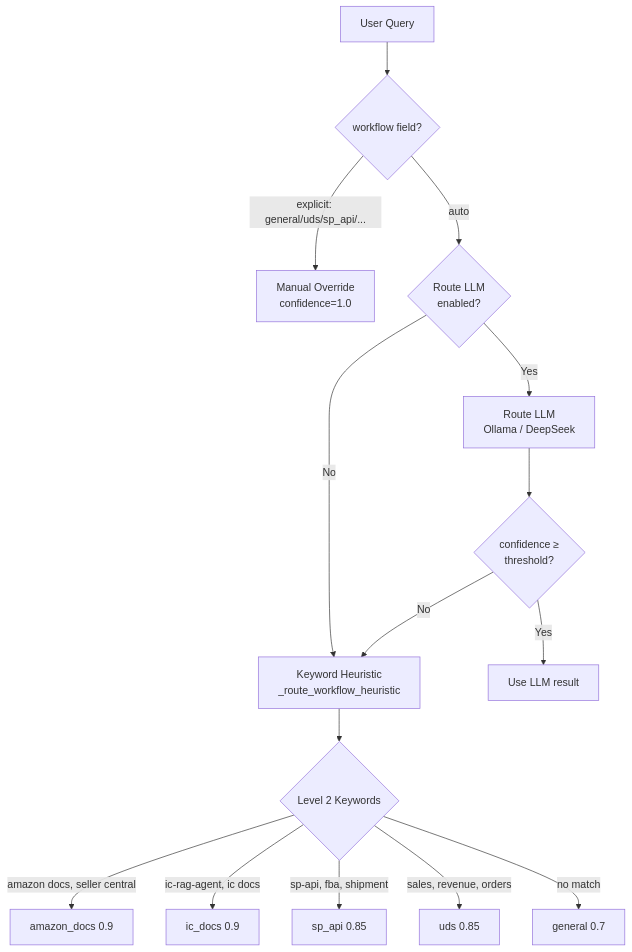
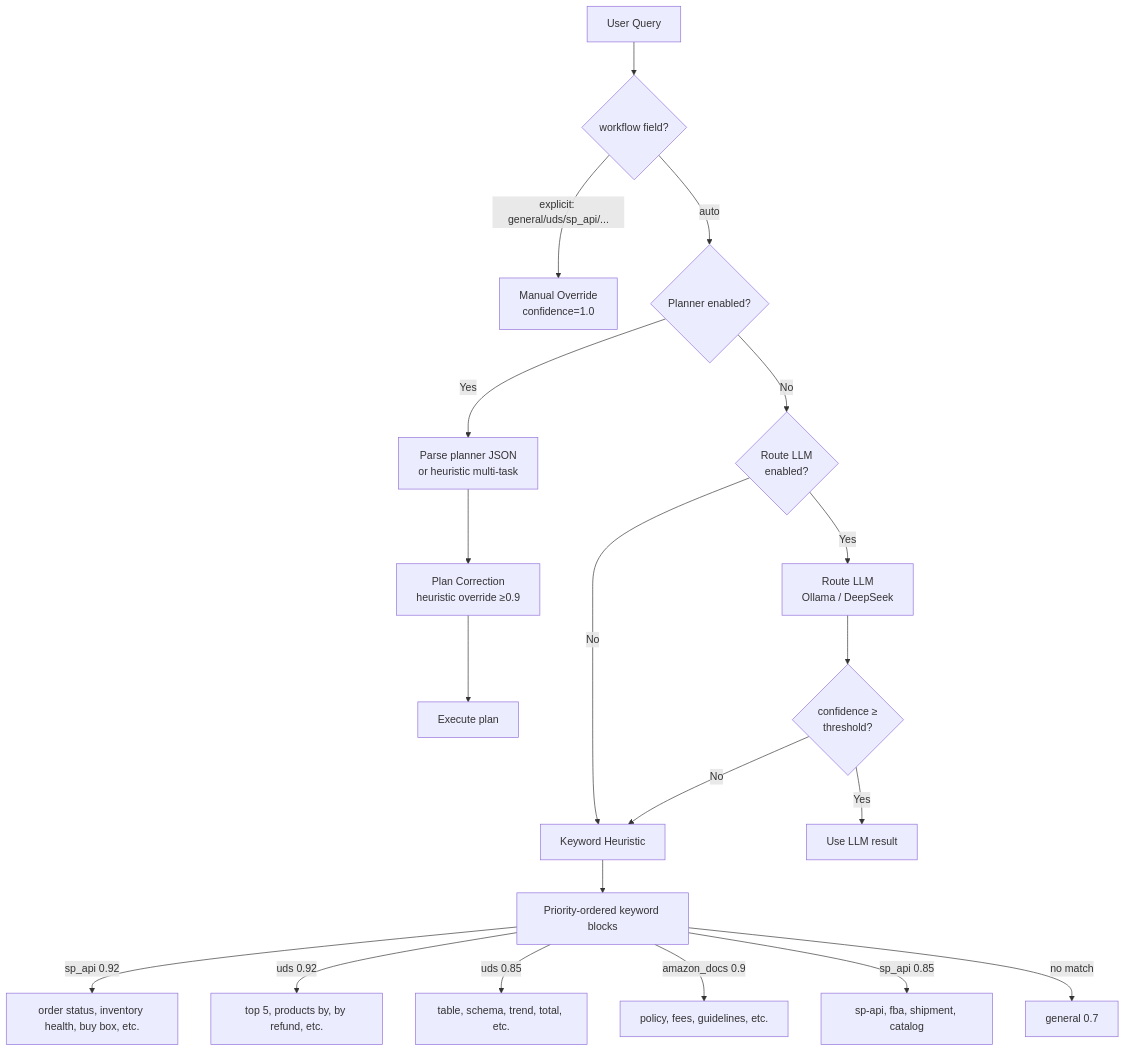
One commit to lenhop/IC-RAG-Agent changed the fifth of 13 diagrams in docs/FRAMEWORK.md. Above: the diagram before and after it, drawn with Mermaid. The commit also changed other lines of this file and 6 other files, not shown here.

````diff
--- a/docs/FRAMEWORK.md
+++ b/docs/FRAMEWORK.md
@@ -258,21 +289,28 @@
 ```mermaid
 flowchart TD
     Q[User Query] --> WF{workflow field?}
     
     WF -->|explicit: general/uds/sp_api/...| MANUAL[Manual Override<br/>confidence=1.0]
-    WF -->|auto| AUTO{Route LLM<br/>enabled?}
+    WF -->|auto| AUTO{Planner enabled?}
     
-    AUTO -->|No| HEUR[Keyword Heuristic<br/>_route_workflow_heuristic]
-    AUTO -->|Yes| LLM[Route LLM<br/>Ollama / DeepSeek]
+    AUTO -->|Yes| PLAN[Parse planner JSON<br/>or heuristic multi-task]
+    AUTO -->|No| ROUTE{Route LLM<br/>enabled?}
+    
+    PLAN --> CORRECT[Plan Correction<br/>heuristic override ≥0.9]
+    CORRECT --> EXEC[Execute plan]
+    
+    ROUTE -->|No| HEUR[Keyword Heuristic]
+    ROUTE -->|Yes| LLM[Route LLM<br/>Ollama / DeepSeek]
     
     LLM --> CONF{confidence ≥<br/>threshold?}
     CONF -->|Yes| USE_LLM[Use LLM result]
     CONF -->|No| HEUR
     
-    HEUR --> L2{Level 2 Keywords}
-    L2 -->|amazon docs, seller central| W2[amazon_docs 0.9]
-    L2 -->|ic-rag-agent, ic docs| W3[ic_docs 0.9]
-    L2 -->|sp-api, fba, shipment| W4[sp_api 0.85]
-    L2 -->|sales, revenue, orders| W5[uds 0.85]
-    L2 -->|no match| W1[general 0.7]
+    HEUR --> PRIORITY[Priority-ordered keyword blocks]
+    PRIORITY -->|sp_api 0.92| SP_H[order status, inventory health, buy box, etc.]
+    PRIORITY -->|uds 0.92| UD_H[top 5, products by, by refund, etc.]
+    PRIORITY -->|uds 0.85| UD_M[table, schema, trend, total, etc.]
+    PRIORITY -->|amazon_docs 0.9| AM[policy, fees, guidelines, etc.]
+    PRIORITY -->|sp_api 0.85| SP_M[sp-api, fba, shipment, catalog]
+    PRIORITY -->|no match| W1[general 0.7]
 ```
````
